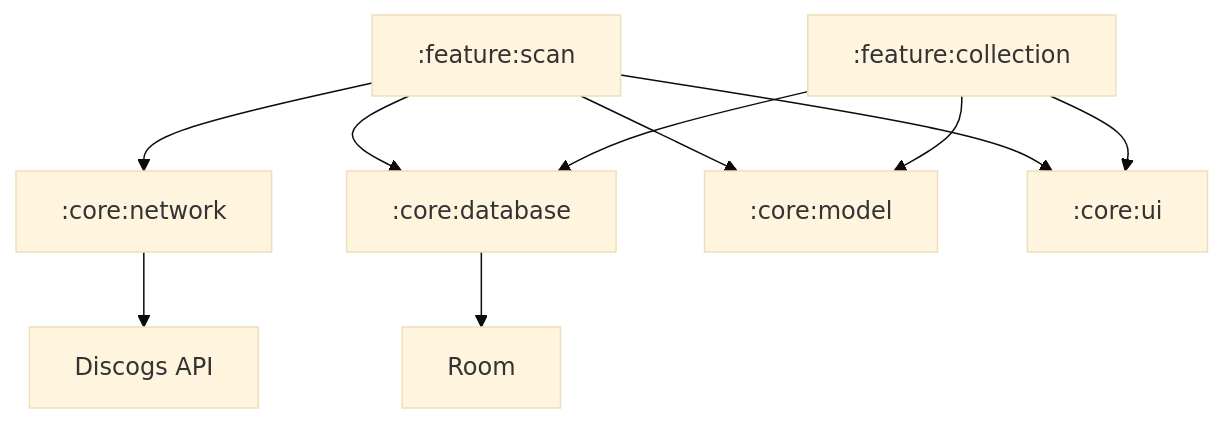
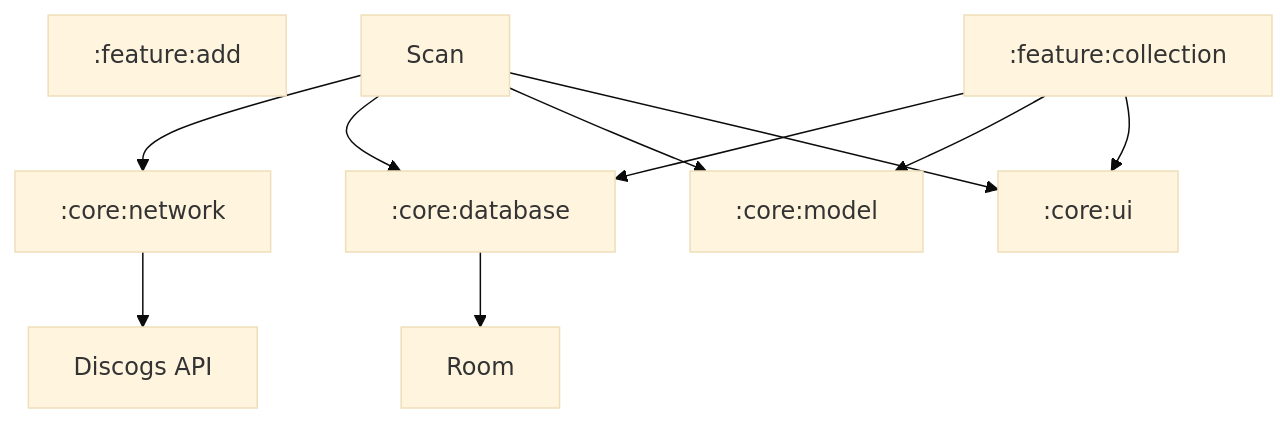
The diagram in README.md (constant-i/CdVinylCatalog), drawn with Mermaid (base theme) before and after one commit. The commit also changed other lines of this file and 78 other files, not shown here.

Commit message:
ename feature:scan to feature:add and reorganize packages

````diff
--- a/README.md
+++ b/README.md
@@ -50,25 +50,25 @@
 ```mermaid
 graph TD
-    Scan[:feature:scan]
+    Add[:feature:add]
     Coll[:feature:collection]
     
     Network[:core:network]
     Database[:core:database]
     Model[:core:model]
     Ui[:core:ui]
     
     Api[Discogs API]
     Room[Room]
     
     Scan --> Network
     Scan --> Database
     Scan --> Model
     Scan --> Ui
     
     Coll --> Database
     Coll --> Model
     Coll --> Ui
     
     Network --> Api
     Database --> Room
 ```
````
